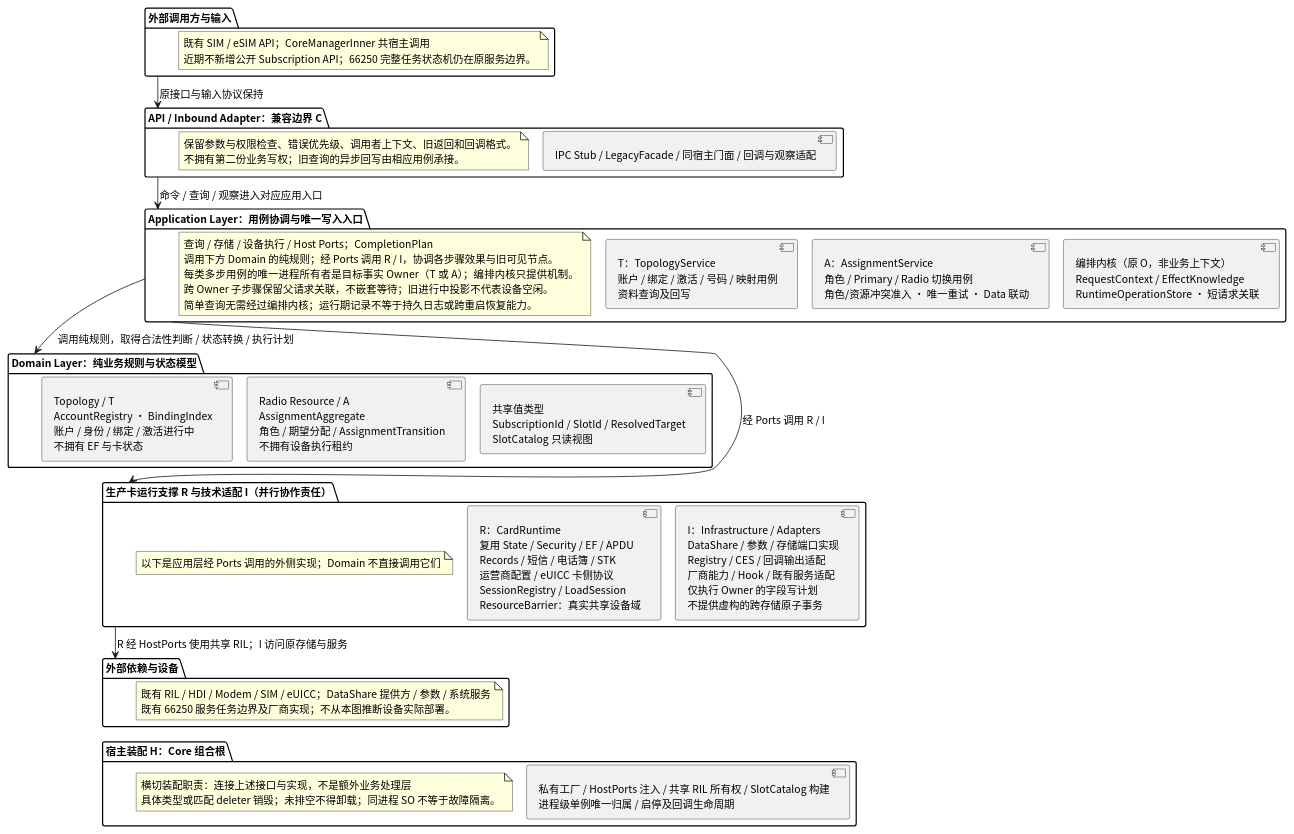
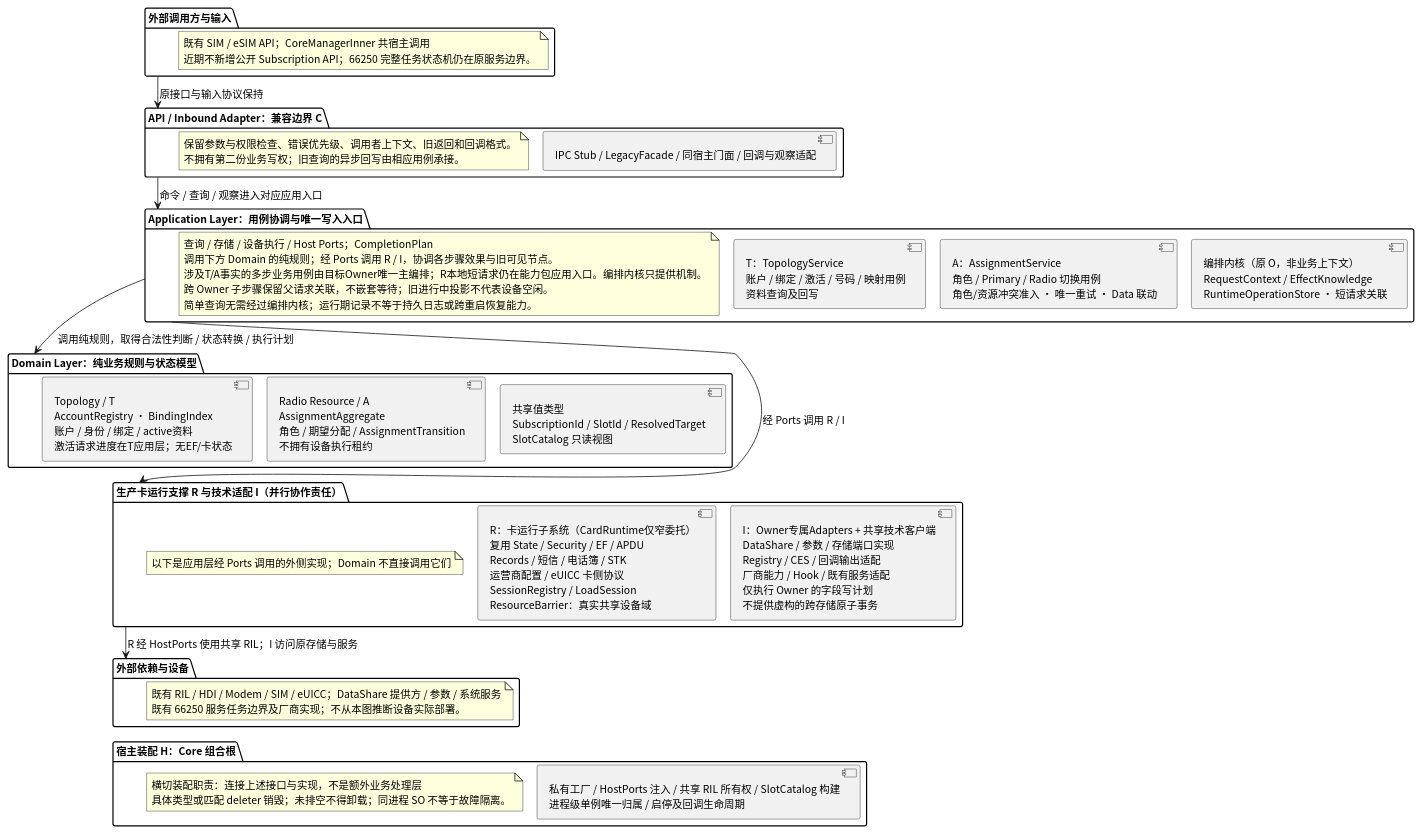
Before and after one commit to zjuluowu/multisim: the second of 5 diagrams in telephony_core_service/docs/SIM_Target_Architecture_Design_v1.2.md, drawn with PlantUML. The commit also changed other lines of this file and 1 other file, not shown here.

````diff
--- a/telephony_core_service/docs/SIM_Target_Architecture_Design_v1.2.md
+++ b/telephony_core_service/docs/SIM_Target_Architecture_Design_v1.2.md
@@ -368,73 +373,73 @@
 ```plantuml
 @startuml SIM_Target_Architecture
 !pragma layout smetana
 skinparam componentStyle uml2
 skinparam shadowing false
 skinparam defaultFontName "Noto Sans CJK SC"
 skinparam defaultFontSize 13
 top to bottom direction
 package "外部调用方与输入" as TargetEntry {
   note as TargetEntryNote
     既有 SIM / eSIM API；CoreManagerInner 共宿主调用
     近期不新增公开 Subscription API；66250 完整任务状态机仍在原服务边界。
   end note
 }
 package "API / Inbound Adapter：兼容边界 C" as Compatibility {
   component "IPC Stub / LegacyFacade / 同宿主门面 / 回调与观察适配" as Inbound
   note as CompatibilityNote
     保留参数与权限检查、错误优先级、调用者上下文、旧返回和回调格式。
     不拥有第二份业务写权；旧查询的异步回写由相应用例承接。
   end note
 }
 package "Application Layer：用例协调与唯一写入入口" as Application {
   component "T：TopologyService\n账户 / 绑定 / 激活 / 号码 / 映射用例\n资料查询及回写" as TopologyService
   component "A：AssignmentService\n角色 / Primary / Radio 切换用例\n角色/资源冲突准入 · 唯一重试 · Data 联动" as AssignmentService
   component "编排内核（原 O，非业务上下文）\nRequestContext / EffectKnowledge\nRuntimeOperationStore · 短请求关联" as OperationKernel
   note as ApplicationNote
     查询 / 存储 / 设备执行 / Host Ports；CompletionPlan
     调用下方 Domain 的纯规则；经 Ports 调用 R / I，协调各步骤效果与旧可见节点。
-    每类多步用例的唯一进程所有者是目标事实 Owner（T 或 A）；编排内核只提供机制。
+    涉及T/A事实的多步业务用例由目标Owner唯一主编排；R本地短请求仍在能力包应用入口。编排内核只提供机制。
     跨 Owner 子步骤保留父请求关联，不嵌套等待；旧进行中投影不代表设备空闲。
     简单查询无需经过编排内核；运行期记录不等于持久日志或跨重启恢复能力。
   end note
   TopologyService -[hidden]right-> AssignmentService
   AssignmentService -[hidden]right-> OperationKernel
 }
 package "Domain Layer：纯业务规则与状态模型" as Domain {
-  component "Topology / T\nAccountRegistry · BindingIndex\n账户 / 身份 / 绑定 / 激活进行中\n不拥有 EF 与卡状态" as Topology
+  component "Topology / T\nAccountRegistry · BindingIndex\n账户 / 身份 / 绑定 / active资料\n激活请求进度在T应用层；无EF/卡状态" as Topology
   component "Radio Resource / A\nAssignmentAggregate\n角色 / 期望分配 / AssignmentTransition\n不拥有设备执行租约" as Assignment
   component "共享值类型\nSubscriptionId / SlotId / ResolvedTarget\nSlotCatalog 只读视图" as SharedKernel
   Topology -[hidden]right-> Assignment
   Assignment -[hidden]right-> SharedKernel
 }
 package "生产卡运行支撑 R 与技术适配 I（并行协作责任）" as Support {
-  component "R：CardRuntime\n复用 State / Security / EF / APDU\nRecords / 短信 / 电话簿 / STK\n运营商配置 / eUICC 卡侧协议\nSessionRegistry / LoadSession\nResourceBarrier：真实共享设备域" as CardRuntime
-  component "I：Infrastructure / Adapters\nDataShare / 参数 / 存储端口实现\nRegistry / CES / 回调输出适配\n厂商能力 / Hook / 既有服务适配\n仅执行 Owner 的字段写计划\n不提供虚构的跨存储原子事务" as Infrastructure
+  component "R：卡运行子系统（CardRuntime仅窄委托）\n复用 State / Security / EF / APDU\nRecords / 短信 / 电话簿 / STK\n运营商配置 / eUICC 卡侧协议\nSessionRegistry / LoadSession\nResourceBarrier：真实共享设备域" as CardRuntime
+  component "I：Owner专属Adapters + 共享技术客户端\nDataShare / 参数 / 存储端口实现\nRegistry / CES / 回调输出适配\n厂商能力 / Hook / 既有服务适配\n仅执行 Owner 的字段写计划\n不提供虚构的跨存储原子事务" as Infrastructure
   note as SupportNote
     以下是应用层经 Ports 调用的外侧实现；Domain 不直接调用它们
   end note
   CardRuntime -[hidden]right-> Infrastructure
 }
 package "外部依赖与设备" as TargetExternal {
   note as TargetExternalNote
     既有 RIL / HDI / Modem / SIM / eUICC；DataShare 提供方 / 参数 / 系统服务
     既有 66250 服务任务边界及厂商实现；不从本图推断设备实际部署。
   end note
 }
 package "宿主装配 H：Core 组合根" as Host {
   component "私有工厂 / HostPorts 注入 / 共享 RIL 所有权 / SlotCatalog 构建\n进程级单例唯一归属 / 启停及回调生命周期" as CompositionRoot
   note as HostNote
     横切装配职责：连接上述接口与实现，不是额外业务处理层
     具体类型或匹配 deleter 销毁；未排空不得卸载；同进程 SO 不等于故障隔离。
   end note
 }
 TargetEntry --> Compatibility : 原接口与输入协议保持
 Compatibility --> Application : 命令 / 查询 / 观察进入对应应用入口
 Application --> Domain : 调用纯规则，取得合法性判断 / 状态转换 / 执行计划
 Application --> Support : 经 Ports 调用 R / I
 Support --> TargetExternal : R 经 HostPorts 使用共享 RIL；I 访问原存储与服务
 ' 隐藏连接仅用于纵向排版；Domain 不调用 Support，Host 是横切装配职责。
 Domain -[hidden]down-> Support
 TargetExternal -[hidden]down-> Host
 @enduml
 ```
````
